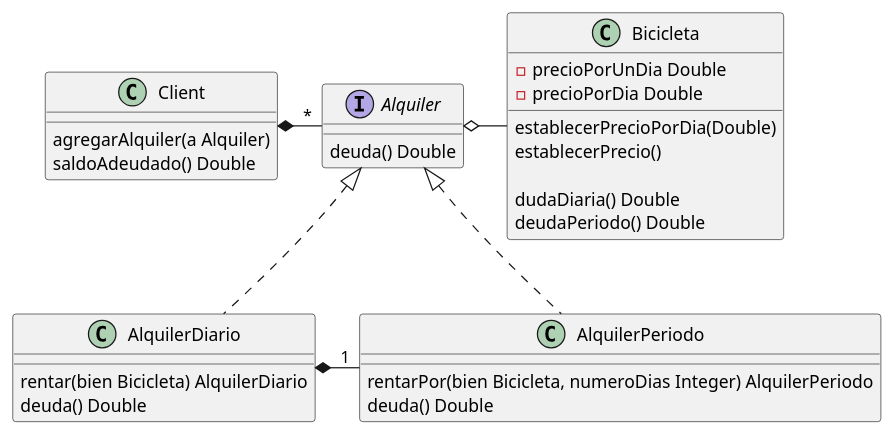
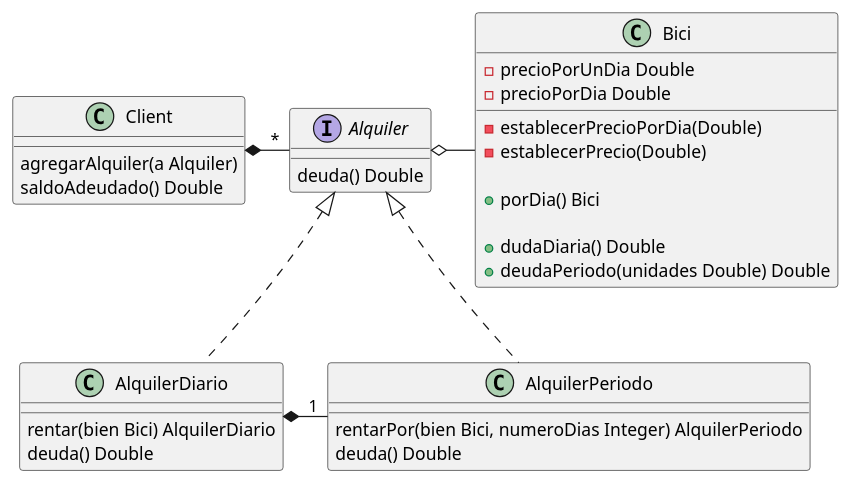
Before and after one commit to fiuba/algo3_simulacro_tn_alquiler_bici: the diagram in media/diagrams/diagrama_clases.plantuml, drawn with PlantUML.

Commit message:
DC actualizado

```diff
--- a/media/diagrams/diagrama_clases.plantuml
+++ b/media/diagrams/diagrama_clases.plantuml
@@ -1,42 +1,44 @@
 @startuml
 
 class Client {
         agregarAlquiler(a Alquiler)
         saldoAdeudado() Double
 }
 
 interface Alquiler {
         deuda() Double
 }
 
 class AlquilerDiario {
-        rentar(bien Bicicleta) AlquilerDiario
+        rentar(bien Bici) AlquilerDiario
         deuda() Double
 }
 
 class AlquilerPeriodo {
-        rentarPor(bien Bicicleta, numeroDias Integer) AlquilerPeriodo
+        rentarPor(bien Bici, numeroDias Integer) AlquilerPeriodo
         deuda() Double
 }
 
-class Bicicleta {
+class Bici {
         - precioPorUnDia Double
         - precioPorDia Double
 
-        establecerPrecioPorDia(Double)
-        establecerPrecio()
+        - establecerPrecioPorDia(Double)
+        - establecerPrecio(Double)
+
+        + porDia() Bici
         
-        dudaDiaria() Double
-        deudaPeriodo() Double
+        + dudaDiaria() Double
+        + deudaPeriodo(unidades Double) Double
 }
 
 
 Client *- "*" Alquiler
 
-Alquiler o- Bicicleta
+Alquiler o- Bici
 
 Alquiler <|.. AlquilerDiario
 Alquiler <|.. AlquilerPeriodo
 
 AlquilerDiario *- "1" AlquilerPeriodo
 @enduml 
```
